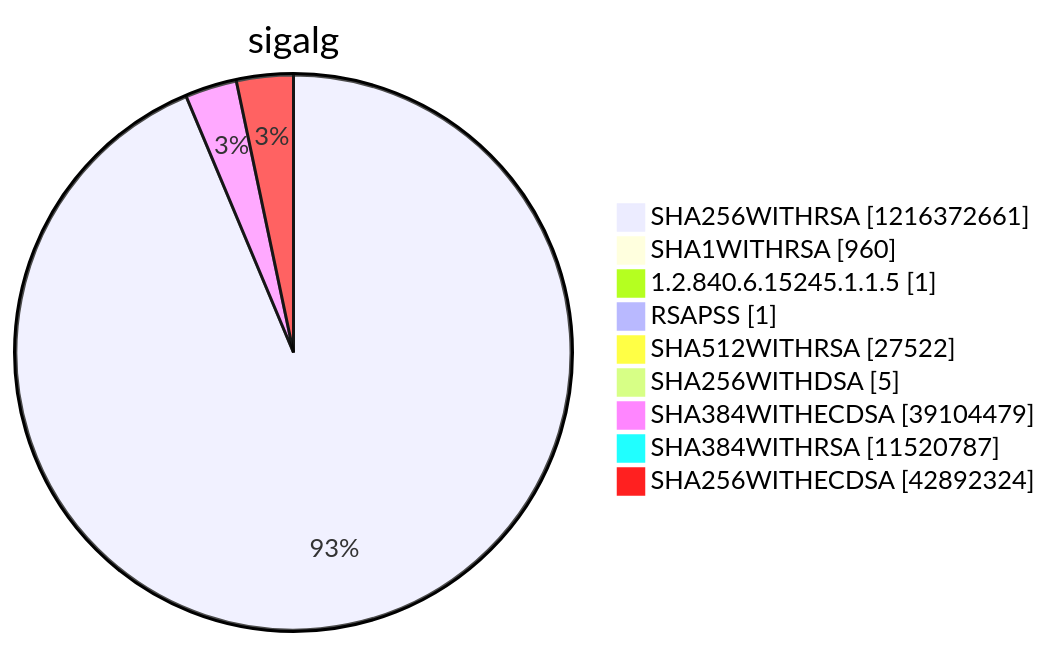
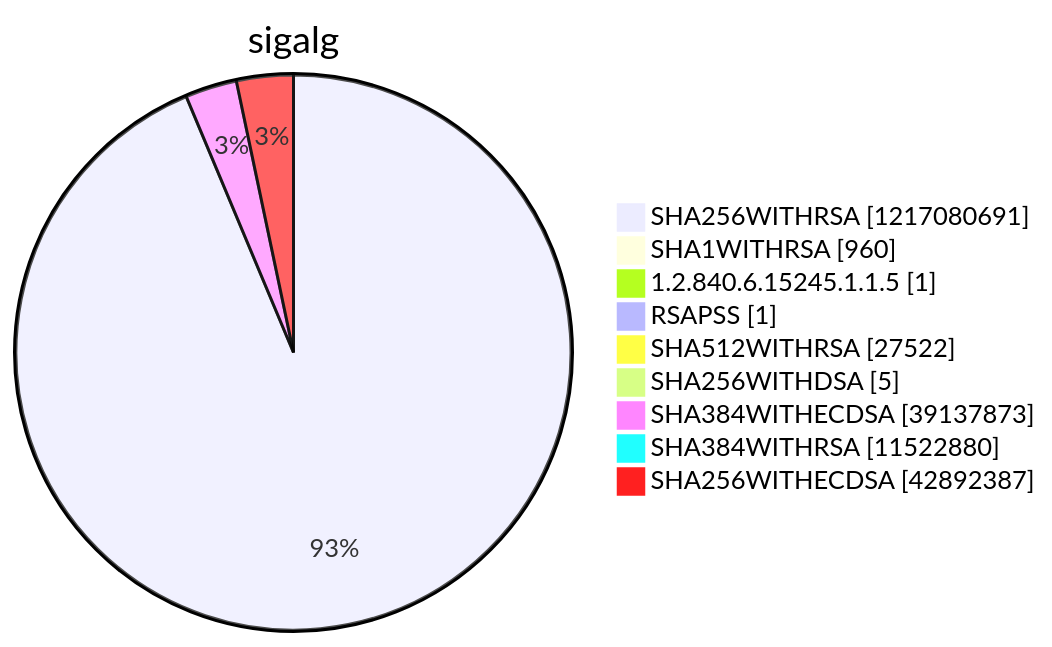
Before and after one commit to christiankrug/ctmonitor_visualization: diagram 15 of 15 in argon2022/README.md, drawn with Mermaid. The commit also changed other lines of this file, not shown here.

````diff
--- a/argon2022/README.md
+++ b/argon2022/README.md
@@ -5521,13 +5521,13 @@
 ```mermaid
 pie showData
 title sigalg
-"SHA256WITHRSA" :1216372661
+"SHA256WITHRSA" :1217080691
 "SHA1WITHRSA" :960
 "1.2.840.6.15245.1.1.5" :1
 "RSAPSS" :1
 "SHA512WITHRSA" :27522
 "SHA256WITHDSA" :5
-"SHA384WITHECDSA" :39104479
-"SHA384WITHRSA" :11520787
-"SHA256WITHECDSA" :42892324
+"SHA384WITHECDSA" :39137873
+"SHA384WITHRSA" :11522880
+"SHA256WITHECDSA" :42892387
 ```
````
